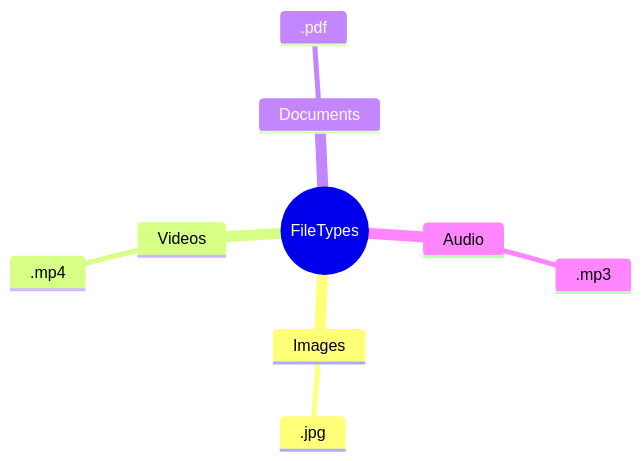
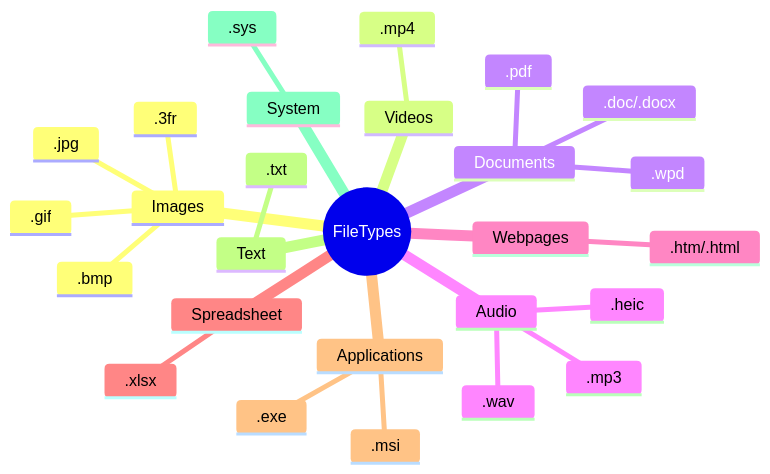
Before and after one commit to mrmatho/7dt-slides: the diagram in pages/file-systems.md, drawn with Mermaid. The commit also changed other lines of this file and 2 other files, not shown here.

Commit message:
Updated with Heathos and filesytems

````diff
--- a/pages/file-systems.md
+++ b/pages/file-systems.md
@@ -35,12 +35,30 @@
 ```mermaid
 mindmap
   root((FileTypes))
     Images
       .jpg
+      .bmp
+      .gif
+      .3fr
     Videos
       .mp4
     Documents
       .pdf
+      .doc/.docx
+      .wpd
     Audio
       .mp3
+      .wav
+      .heic
+    Webpages
+      .htm/.html
+    Spreadsheet
+      .xlsx
+    Applications
+      .msi
+      .exe
+    Text
+      .txt
+    System
+      .sys
 ```
````
